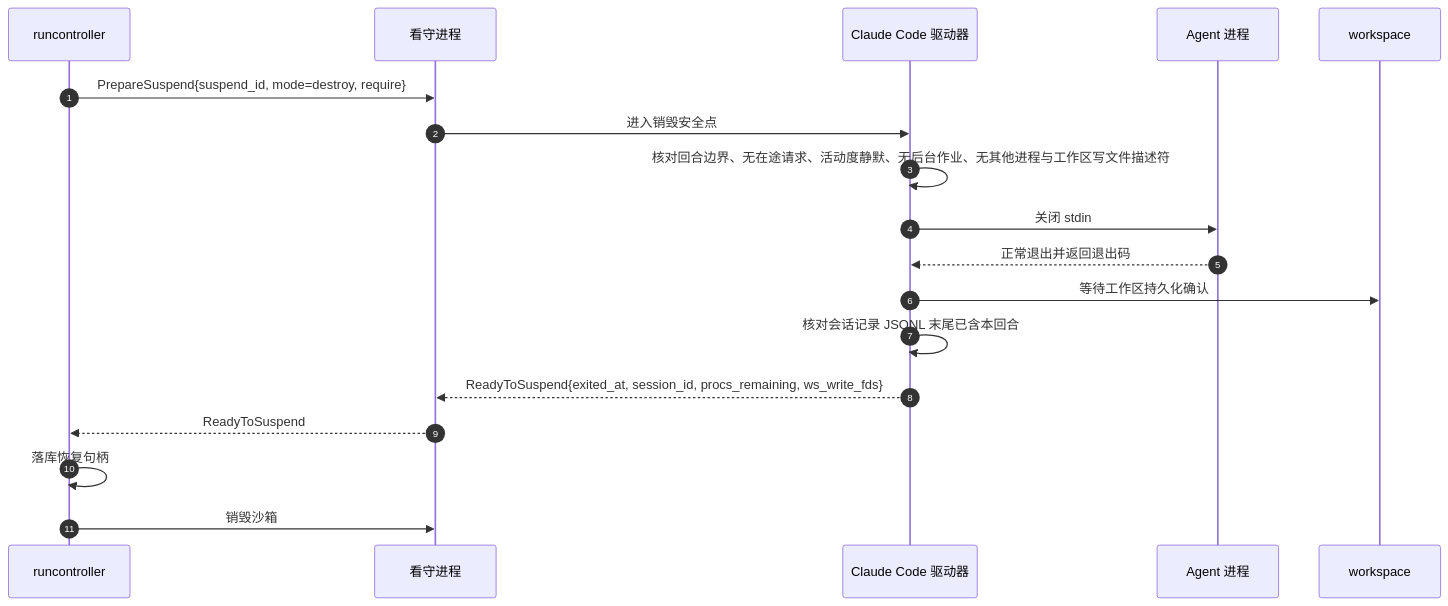
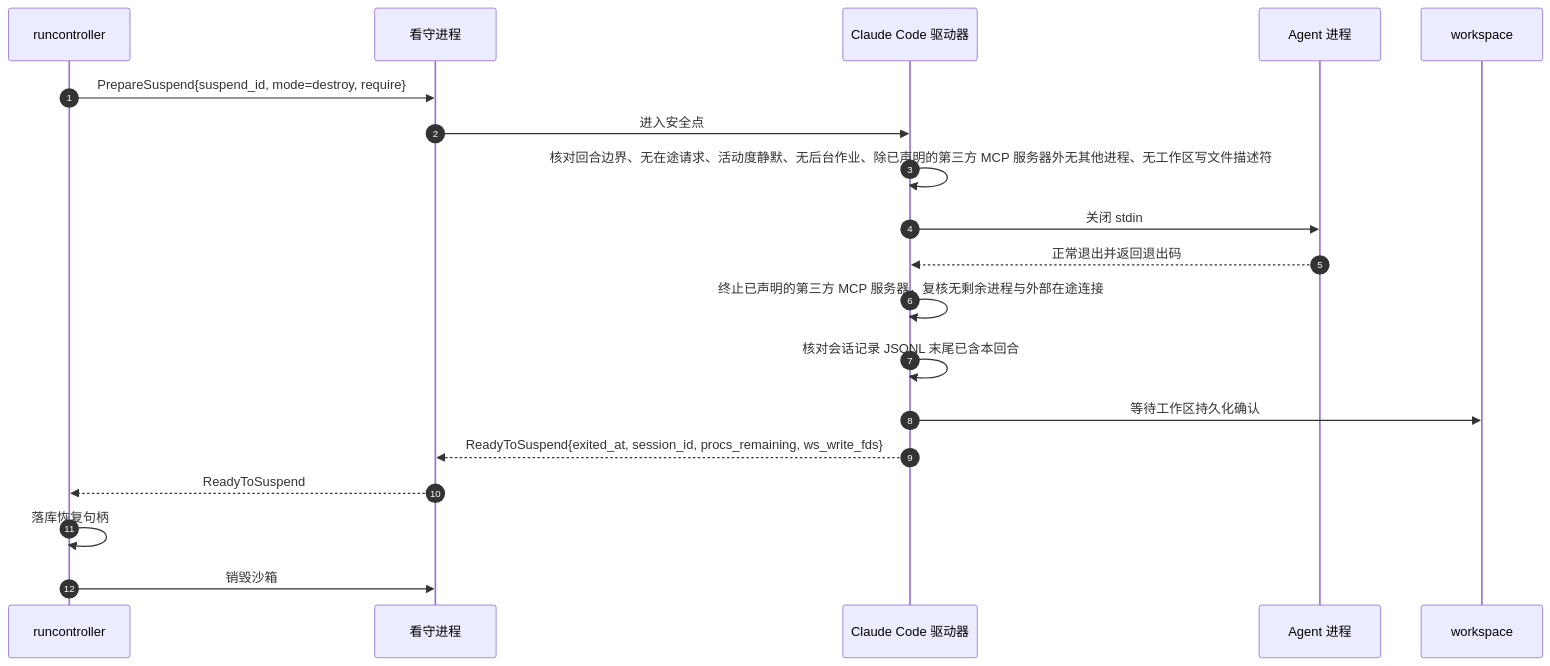
The third of 3 diagrams in docs/design/modules/warden/design-warden-driver-claude-code.md (wangzw/castworks), drawn with Mermaid before and after one commit. The commit also changed other lines of this file and 37 other files, not shown here.

````diff
--- a/docs/design/modules/warden/design-warden-driver-claude-code.md
+++ b/docs/design/modules/warden/design-warden-driver-claude-code.md
@@ -191,20 +191,21 @@
 ```mermaid
 sequenceDiagram
     autonumber
     participant R as runcontroller
     participant W as 看守进程
     participant D as Claude Code 驱动器
     participant A as Agent 进程
     participant S as workspace
     R->>W: PrepareSuspend{suspend_id, mode=destroy, require}
-    W->>D: 进入销毁安全点
-    D->>D: 核对回合边界、无在途请求、活动度静默、无后台作业、无其他进程与工作区写文件描述符
+    W->>D: 进入安全点
+    D->>D: 核对回合边界、无在途请求、活动度静默、无后台作业、除已声明的第三方 MCP 服务器外无其他进程、无工作区写文件描述符
     D->>A: 关闭 stdin
     A-->>D: 正常退出并返回退出码
+    D->>D: 终止已声明的第三方 MCP 服务器，复核无剩余进程与外部在途连接
+    D->>D: 核对会话记录 JSONL 末尾已含本回合
     D->>S: 等待工作区持久化确认
-    D->>D: 核对会话记录 JSONL 末尾已含本回合
     D-->>W: ReadyToSuspend{exited_at, session_id, procs_remaining, ws_write_fds}
     W-->>R: ReadyToSuspend
     R->>R: 落库恢复句柄
     R->>W: 销毁沙箱
 ```
````
